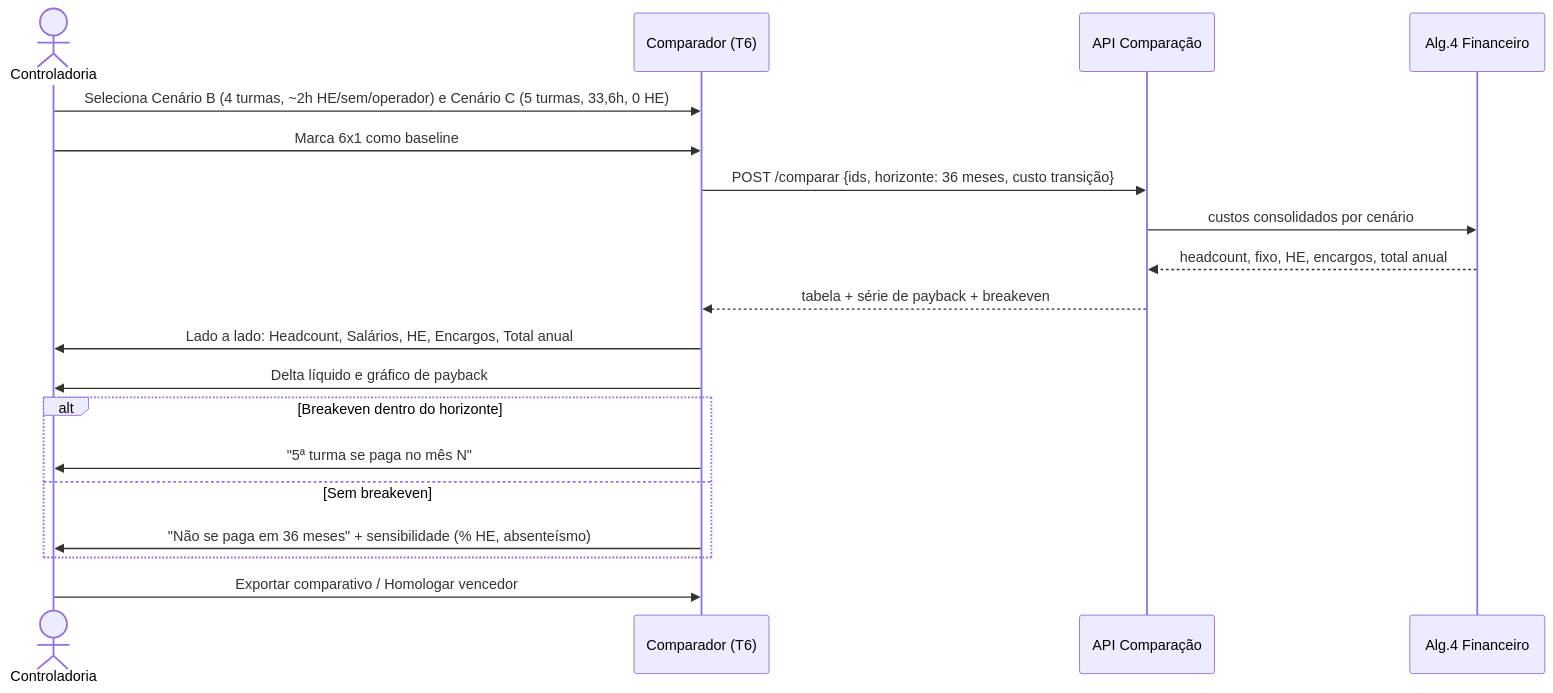
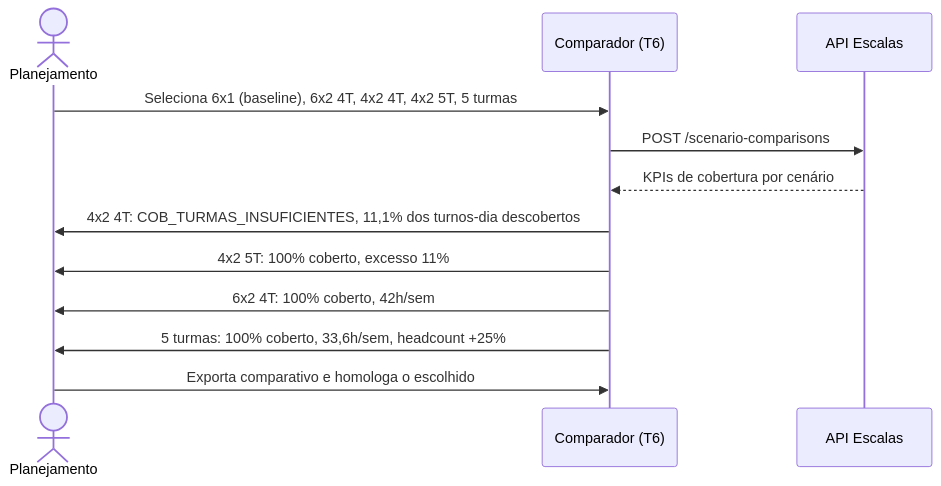
Before and after one commit to thgterto/Ferramentas-Web: the sixth of 7 diagrams in docs/simulador-escalas/03-fluxo-do-app.md, drawn with Mermaid. The commit also changed other lines of this file and 6 other files, not shown here.

````diff
--- a/docs/simulador-escalas/03-fluxo-do-app.md
+++ b/docs/simulador-escalas/03-fluxo-do-app.md
@@ -288,21 +245,14 @@
 ```mermaid
 sequenceDiagram
-    actor U as Controladoria
+    actor U as Planejamento
     participant UI as Comparador (T6)
-    participant API as API Comparação
-    participant A4 as Alg.4 Financeiro
-    U->>UI: Seleciona Cenário B (4 turmas, ~2h HE/sem/operador) e Cenário C (5 turmas, 33,6h, 0 HE)
-    U->>UI: Marca 6x1 como baseline
-    UI->>API: POST /comparar {ids, horizonte: 36 meses, custo transição}
-    API->>A4: custos consolidados por cenário
-    A4-->>API: headcount, fixo, HE, encargos, total anual
-    API-->>UI: tabela + série de payback + breakeven
-    UI->>U: Lado a lado: Headcount, Salários, HE, Encargos, Total anual
-    UI->>U: Delta líquido e gráfico de payback
-    alt Breakeven dentro do horizonte
-        UI->>U: "5ª turma se paga no mês N"
-    else Sem breakeven
-        UI->>U: "Não se paga em 36 meses" + sensibilidade (% HE, absenteísmo)
-    end
-    U->>UI: Exportar comparativo / Homologar vencedor
+    participant API as API Escalas
+    U->>UI: Seleciona 6x1 (baseline), 6x2 4T, 4x2 4T, 4x2 5T, 5 turmas
+    UI->>API: POST /scenario-comparisons
+    API-->>UI: KPIs de cobertura por cenário
+    UI->>U: 4x2 4T: COB_TURMAS_INSUFICIENTES, 11,1% dos turnos-dia descobertos
+    UI->>U: 4x2 5T: 100% coberto, excesso 11%
+    UI->>U: 6x2 4T: 100% coberto, 42h/sem
+    UI->>U: 5 turmas: 100% coberto, 33,6h/sem, headcount +25%
+    U->>UI: Exporta comparativo e homologa o escolhido
 ```
````
